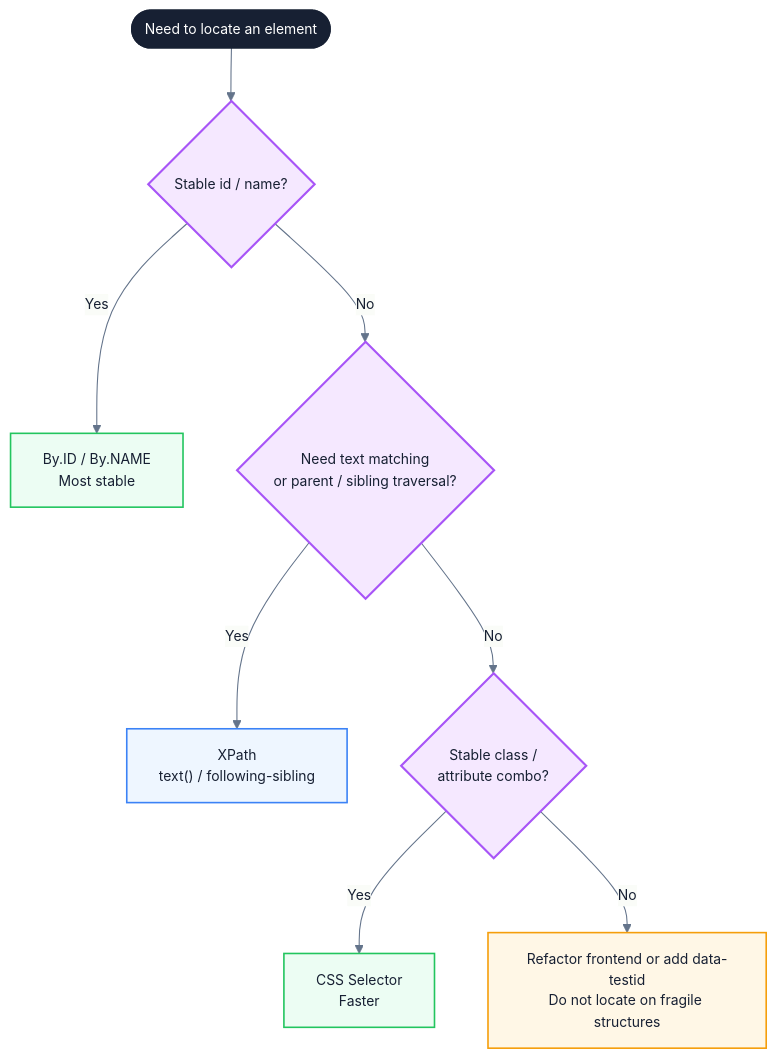
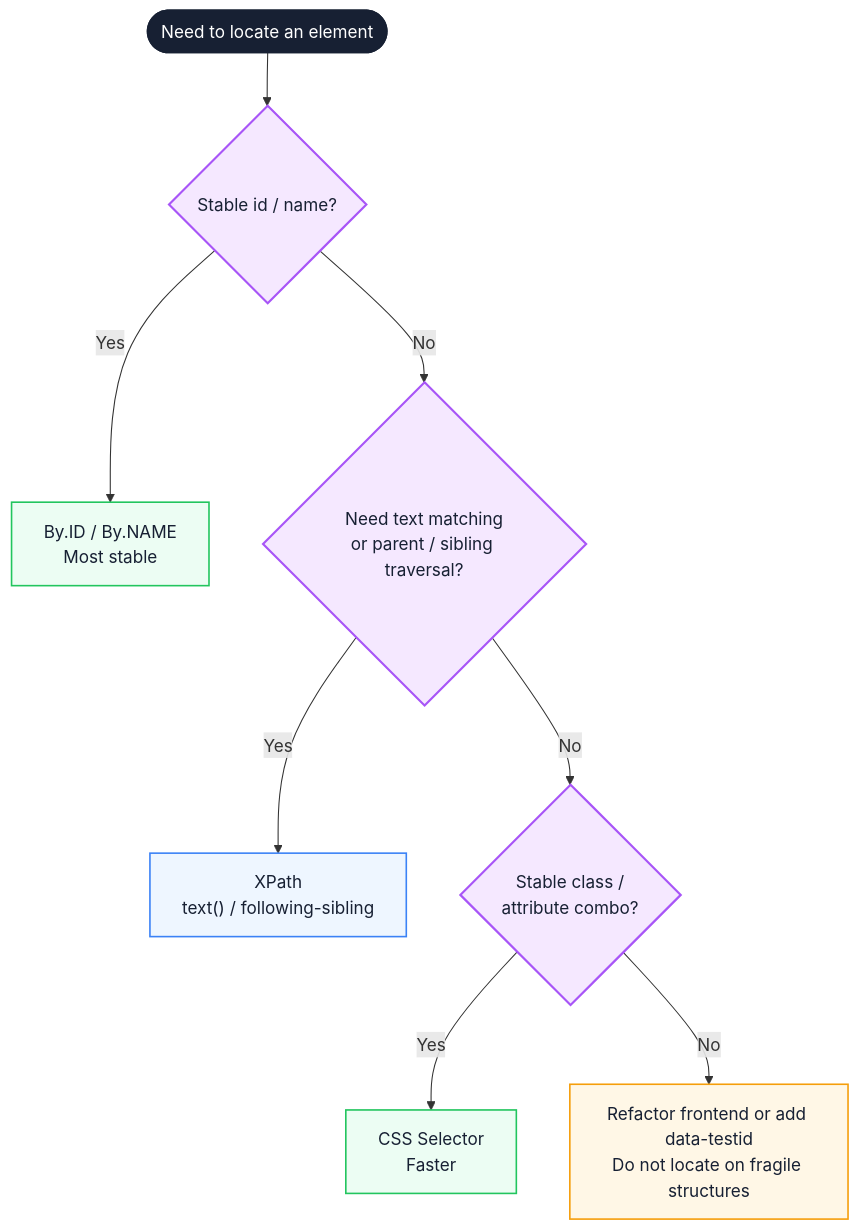
One commit to Fatejian/frontier-vault changed the third of 4 diagrams in docs/en/testing/python-automation-testing-core-concepts.md. Above: the diagram before and after it, drawn with Mermaid. The commit also changed other lines of this file and 41 other files, not shown here.

````diff
--- a/docs/en/testing/python-automation-testing-core-concepts.md
+++ b/docs/en/testing/python-automation-testing-core-concepts.md
@@ -466,25 +438,24 @@
 ```mermaid
-%%{init: {'theme': 'base', 'themeVariables': {'fontFamily': 'Inter, PingFang SC, Microsoft YaHei, sans-serif', 'primaryColor': '#F8FAFC', 'primaryTextColor': '#172033', 'primaryBorderColor': '#CBD5E1', 'lineColor': '#64748B', 'fontSize': '13px'}}}%%
 flowchart TB
     Start(["Need to locate an element"])
 
     Start --> Q1{"Stable id / name?"}
     Q1 -->|"Yes"| R1["By.ID / By.NAME<br/>Most stable"]
     Q1 -->|"No"| Q2{"Need text matching<br/>or parent / sibling traversal?"}
     Q2 -->|"Yes"| R2["XPath<br/>text() / following-sibling"]
     Q2 -->|"No"| Q3{"Stable class /<br/>attribute combo?"}
     Q3 -->|"Yes"| R3["CSS Selector<br/>Faster"]
     Q3 -->|"No"| R4["Refactor frontend or add data-testid<br/>Do not locate on fragile structures"]
 
-    classDef start fill:#172033,color:#fff,stroke:#172033,stroke-width:2px
-    classDef question fill:#F5E8FF,stroke:#A855F7,color:#172033,stroke-width:2px
+    classDef core fill:#172033,color:#fff,stroke:#172033,stroke-width:2px
+    classDef metric fill:#F5E8FF,stroke:#A855F7,color:#172033,stroke-width:2px
     classDef work fill:#ECFDF3,stroke:#22C55E,color:#172033,stroke-width:1.5px
+    classDef wait fill:#EEF6FF,stroke:#3B82F6,color:#172033,stroke-width:1.5px
     classDef block fill:#FFF7E6,stroke:#F59E0B,color:#172033,stroke-width:1.5px
-    classDef wait fill:#EEF6FF,stroke:#3B82F6,color:#172033,stroke-width:1.5px
 
-    class Start start
-    class Q1,Q2,Q3 question
+    class Start core
+    class Q1,Q2,Q3 metric
     class R1,R3 work
     class R2 wait
     class R4 block
 ```
````
